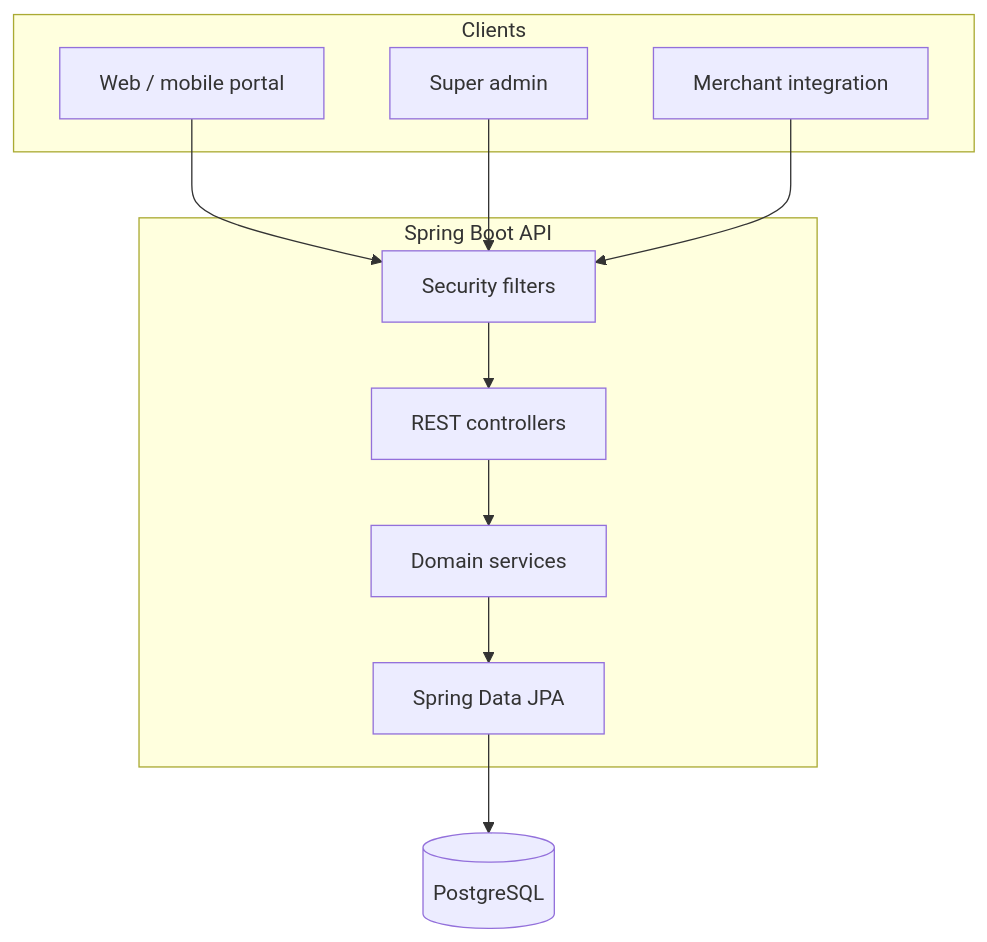
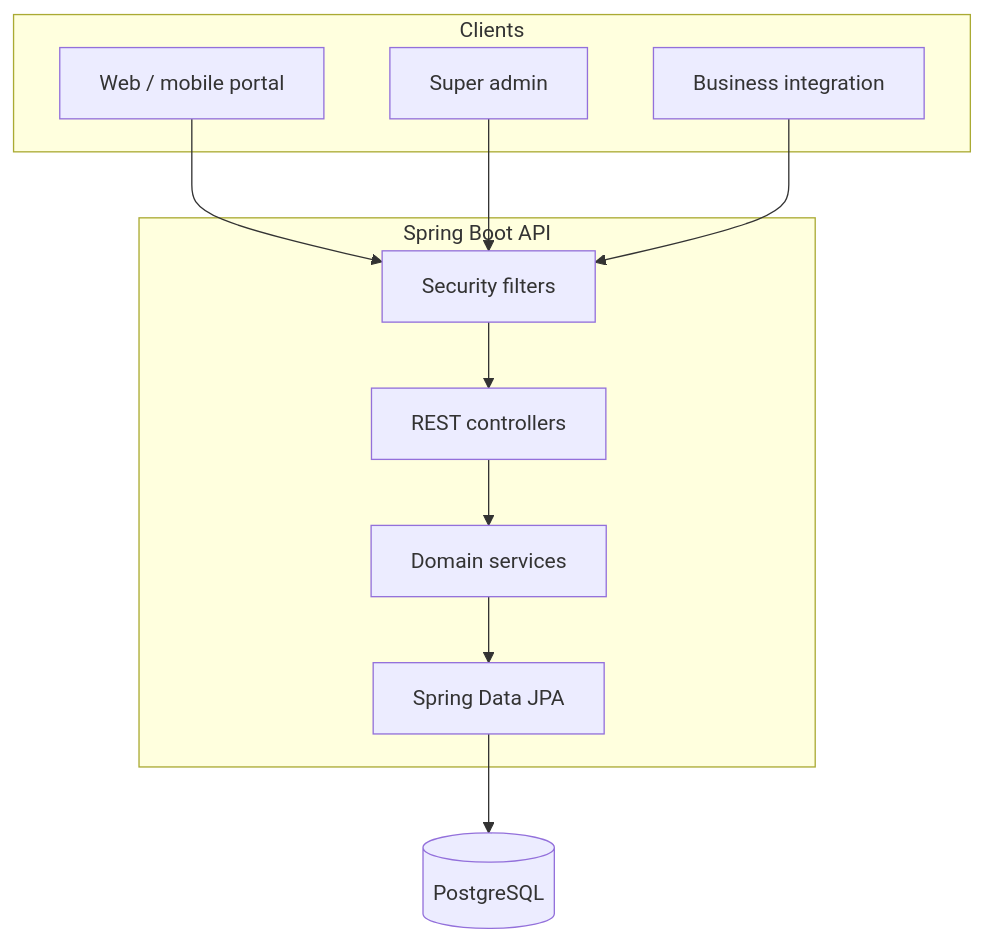
One commit to runalb/digi-payment-gateway changed the first of 2 diagrams in docs/ARCHITECTURE.md. Above: the diagram before and after it, drawn with Mermaid. The commit also changed other lines of this file and 8 other files, not shown here.

First line of the commit message:
Docs: switch merchant → business; add API docs

````diff
--- a/docs/ARCHITECTURE.md
+++ b/docs/ARCHITECTURE.md
@@ -13,25 +13,25 @@
 ```mermaid
 flowchart TB
     subgraph clients [Clients]
         Web[Web / mobile portal]
         Admin[Super admin]
-        Merchant[Merchant integration]
+        Merchant[Business integration]
     end
 
     subgraph api [Spring Boot API]
         Filters[Security filters]
         Controllers[REST controllers]
         Services[Domain services]
         JPA[Spring Data JPA]
     end
 
     DB[(PostgreSQL)]
 
     Web --> Filters
     Admin --> Filters
     Merchant --> Filters
     Filters --> Controllers
     Controllers --> Services
     Services --> JPA
     JPA --> DB
 ```
````
